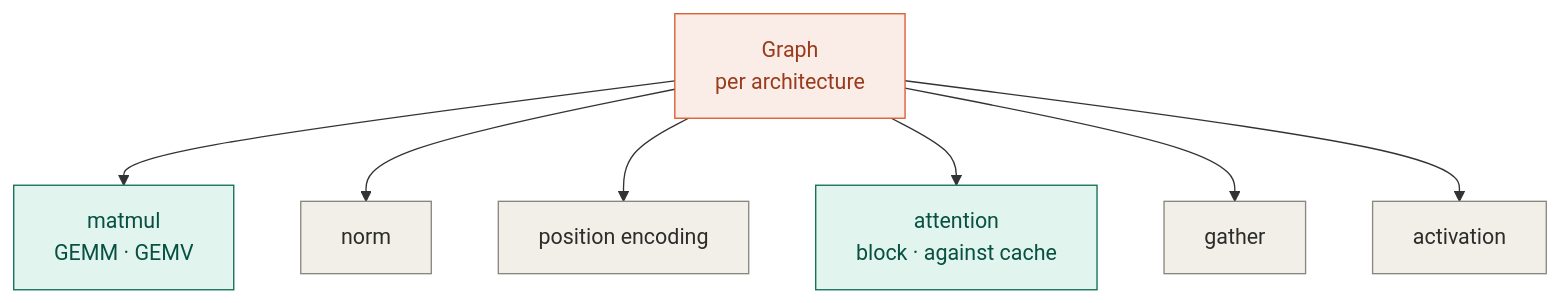
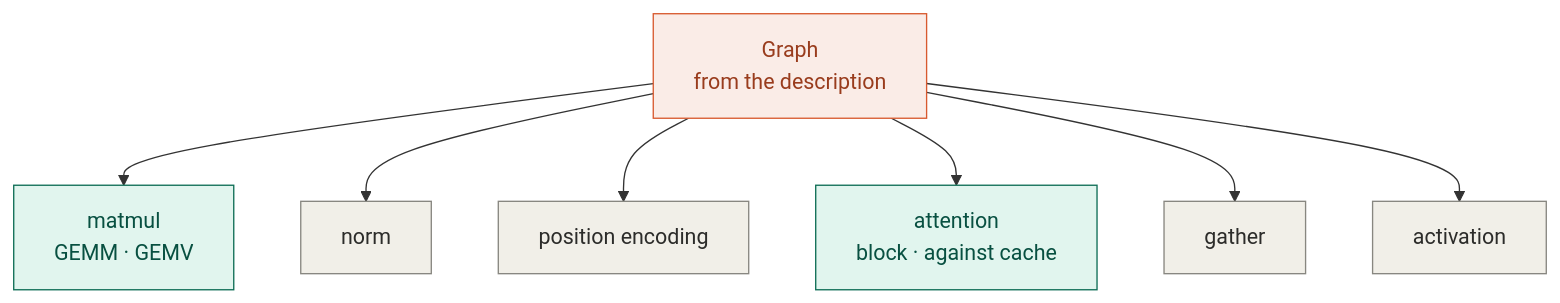
The third of 5 diagrams in docs/architecture/logical-overview.md (plainsight-systems/charlotte), drawn with Mermaid before and after one commit. The commit also changed other lines of this file and 11 other files, not shown here.

````diff
--- a/docs/architecture/logical-overview.md
+++ b/docs/architecture/logical-overview.md
@@ -62,15 +62,15 @@
 ```mermaid
 flowchart TD
-    sched["Graph<br/>per architecture"]
+    sched["Graph<br/>from the description"]
     sched --> mm["matmul<br/>GEMM · GEMV"]
     sched --> nrm["norm"]
     sched --> pos["position encoding"]
     sched --> att["attention<br/>block · against cache"]
     sched --> gat["gather"]
     sched --> act["activation"]
     classDef default fill:#F1EFE8,stroke:#888780,color:#2C2C2A
     classDef fork fill:#FAECE7,stroke:#D85A30,color:#993C1D
     classDef regime fill:#E1F5EE,stroke:#0F6E56,color:#085041
     class sched fork
     class mm,att regime
 ```
````
